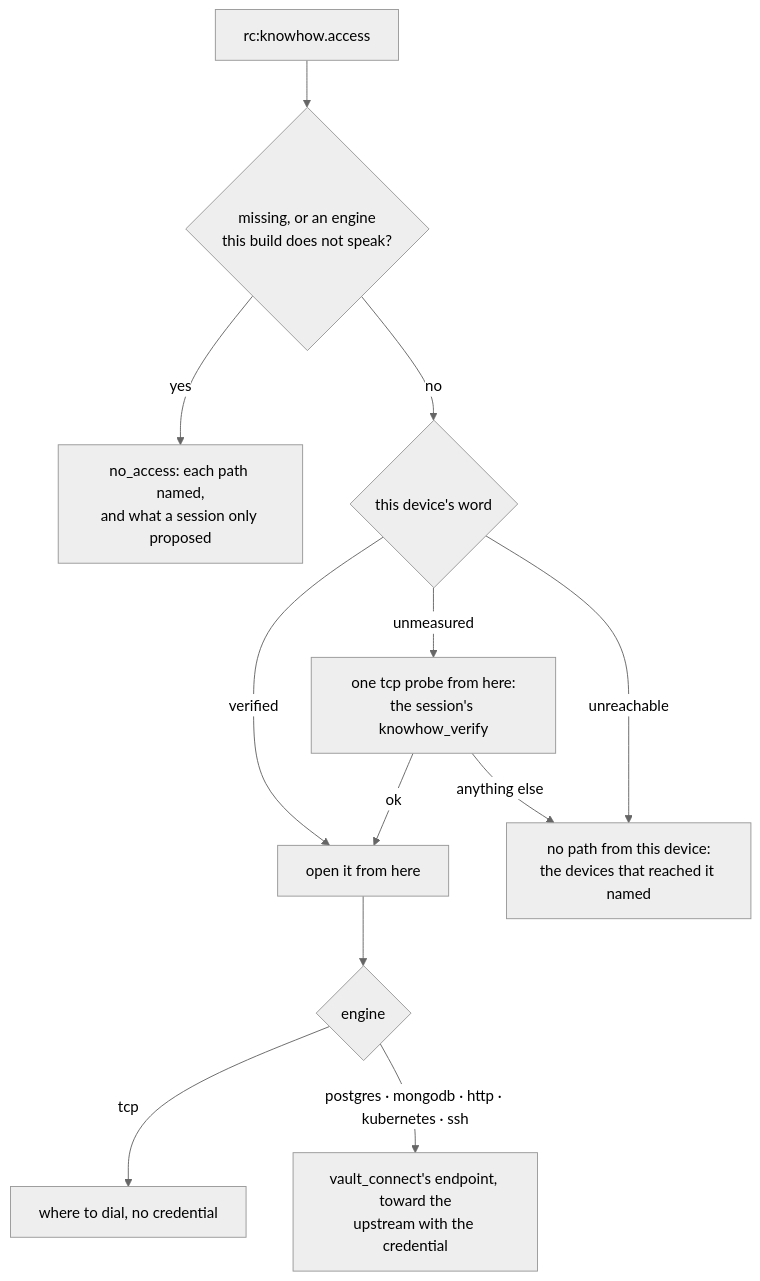
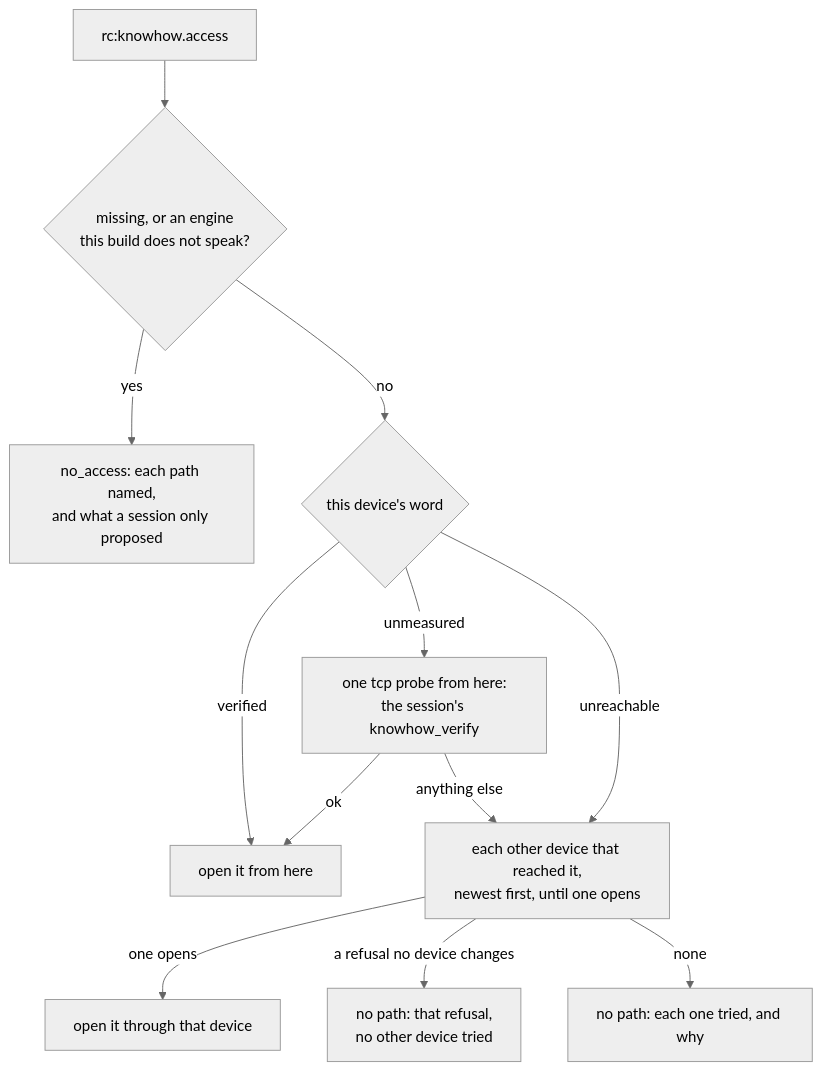
Before and after one commit to gjovanov/roomler-ai: diagram 20 of 20 in docs/knowhow.md, drawn with Mermaid (neutral theme). The commit also changed other lines of this file and 24 other files, not shown here.

First line of the commit message:
feat(fr-90): P4-6-1b-2 — roomler_connect through another device: each device that reached it lately, newest first, until one opens

````diff
--- a/docs/knowhow.md
+++ b/docs/knowhow.md
@@ -1498,14 +1502,14 @@
 ```mermaid
 flowchart TD
     A["rc:knowhow.access"] --> M{"missing, or an engine<br/>this build does not speak?"}
     M -->|yes| N["no_access: each path named,<br/>and what a session only proposed"]
     M -->|no| H{"this device's word"}
     H -->|verified| O["open it from here"]
     H -->|unmeasured| P["one tcp probe from here:<br/>the session's knowhow_verify"]
     P -->|ok| O
-    P -->|anything else| E["no path from this device:<br/>the devices that reached it named"]
-    H -->|unreachable| E
-    O --> T{"engine"}
-    T -->|tcp| D["where to dial, no credential"]
-    T -->|"postgres · mongodb · http · kubernetes · ssh"| V["vault_connect's endpoint, toward the<br/>upstream with the credential"]
+    P -->|anything else| X["each other device that reached it,<br/>newest first, until one opens"]
+    H -->|unreachable| X
+    X -->|one opens| Y["open it through that device"]
+    X -->|a refusal no device changes| S["no path: that refusal,<br/>no other device tried"]
+    X -->|none| E["no path: each one tried, and why"]
 ```
````
